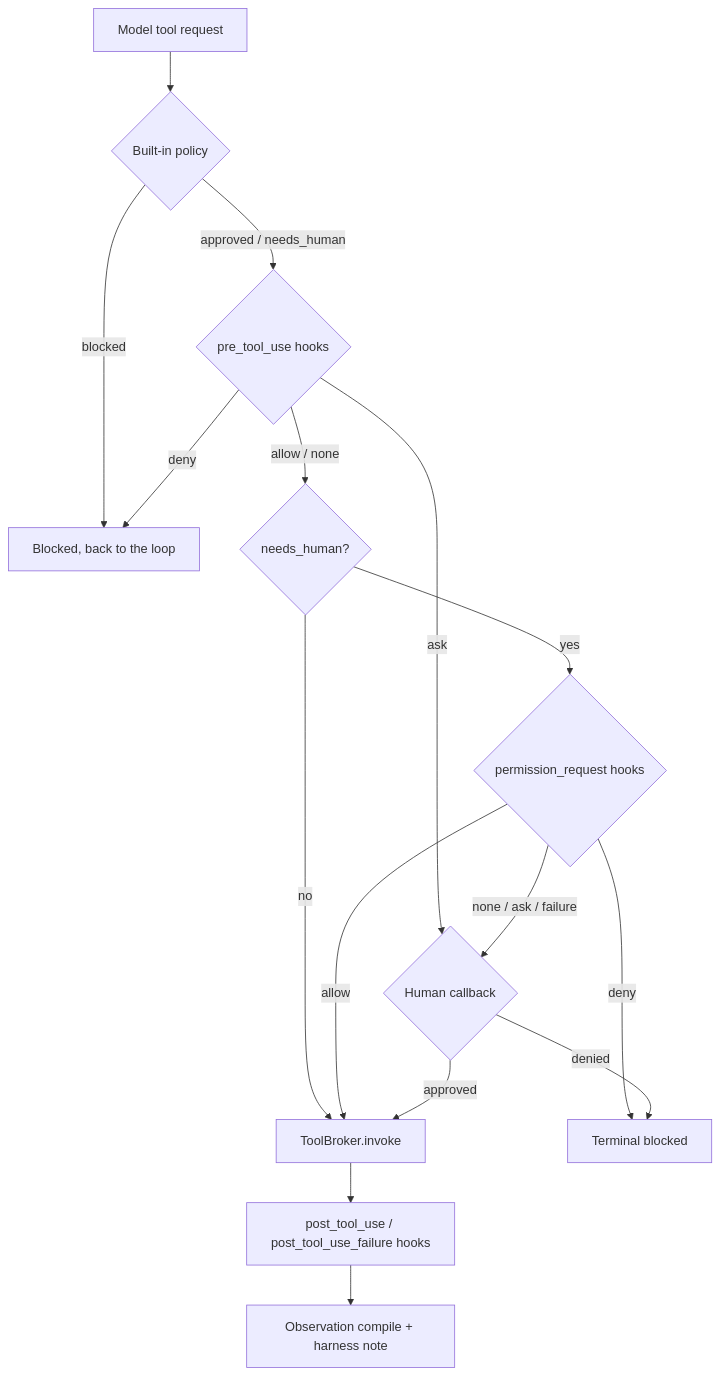
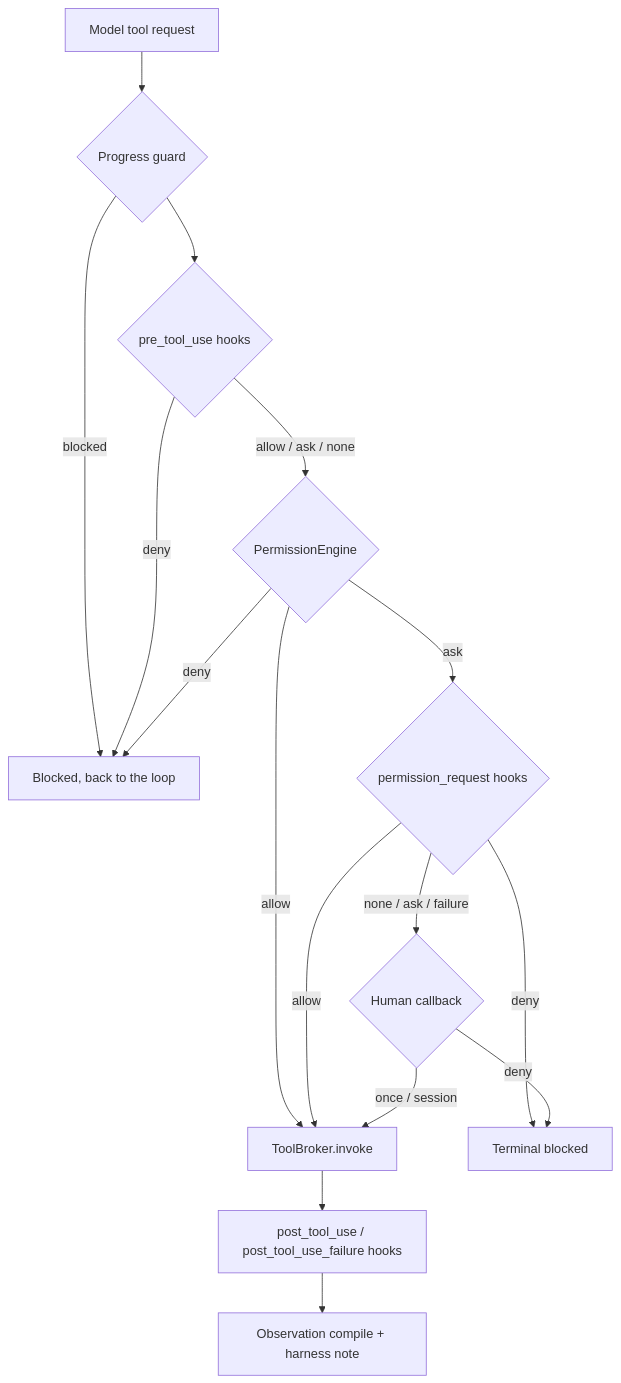
One commit to Hastur456/AutoBrowser changed the diagram in docs/development/lifecycle-hooks.md. Above: the diagram before and after it, drawn with Mermaid. The commit also changed other lines of this file and 23 other files, not shown here.

First line of the commit message:
feat(agent-loop): authorize tool calls with the PermissionEngine; delete policy.py

````diff
--- a/docs/development/lifecycle-hooks.md
+++ b/docs/development/lifecycle-hooks.md
@@ -121,18 +122,18 @@
 ```mermaid
 flowchart TD
-  Req[Model tool request] --> Policy{Built-in policy}
-  Policy -->|blocked| Blocked[Blocked, back to the loop]
-  Policy -->|approved / needs_human| Pre{pre_tool_use hooks}
+  Req[Model tool request] --> Progress{Progress guard}
+  Progress -->|blocked| Blocked[Blocked, back to the loop]
+  Progress --> Pre{pre_tool_use hooks}
   Pre -->|deny| Blocked
-  Pre -->|ask| Human
-  Pre -->|allow / none| NeedsHuman{needs_human?}
-  NeedsHuman -->|no| Invoke[ToolBroker.invoke]
-  NeedsHuman -->|yes| Perm{permission_request hooks}
+  Pre -->|allow / ask / none| Rules{PermissionEngine}
+  Rules -->|deny| Blocked
+  Rules -->|allow| Invoke[ToolBroker.invoke]
+  Rules -->|ask| Perm{permission_request hooks}
   Perm -->|allow| Invoke
   Perm -->|deny| Terminal[Terminal blocked]
   Perm -->|none / ask / failure| Human{Human callback}
-  Human -->|approved| Invoke
-  Human -->|denied| Terminal
+  Human -->|once / session| Invoke
+  Human -->|deny| Terminal
   Invoke --> Post[post_tool_use / post_tool_use_failure hooks]
   Post --> Observe[Observation compile + harness note]
 ```
````
